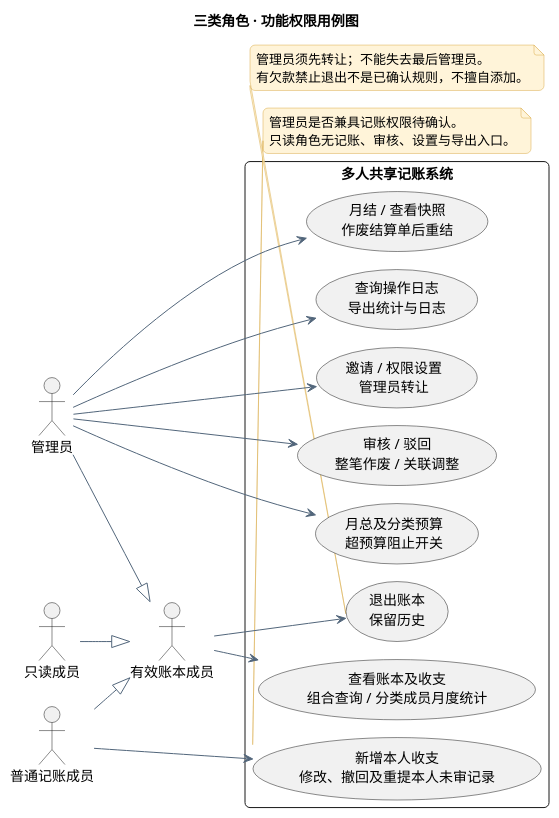
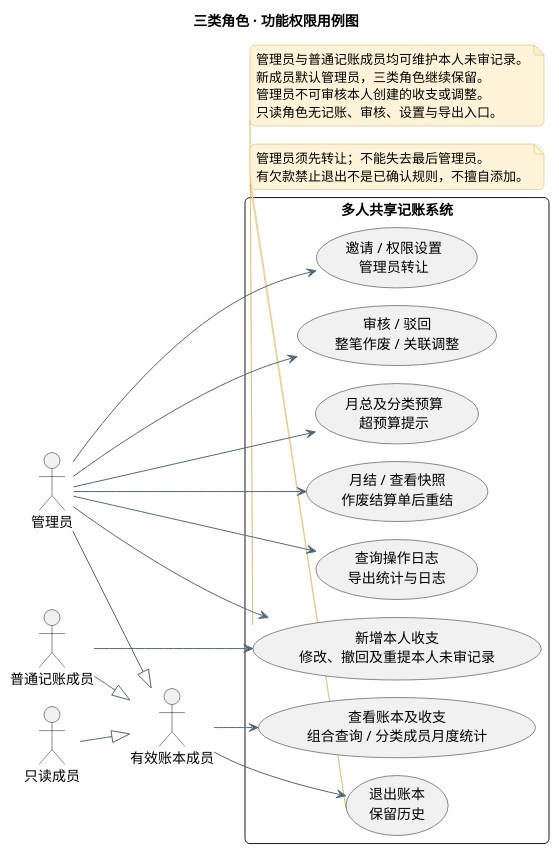
The diagram in 软件工程/实验2_251220152_魏楚航/UML/06_用例图.puml (wuyi0928/MyCS_NJU), drawn with PlantUML before and after one commit. The commit also changed 20 other files, not shown here.

```diff
--- a/软件工程/实验2_251220152_魏楚航/UML/06_用例图.puml
+++ b/软件工程/实验2_251220152_魏楚航/UML/06_用例图.puml
@@ -1,50 +1,53 @@
 @startuml
 !pragma layout smetana
 skinparam defaultFontName Microsoft YaHei
 skinparam backgroundColor #FFFFFF
 skinparam shadowing false
 skinparam ArrowColor #52667B
 skinparam classBackgroundColor #F0F7F6
 skinparam classBorderColor #267568
 skinparam componentBackgroundColor #F0F7F6
 skinparam noteBackgroundColor #FFF4D9
 skinparam noteBorderColor #D8AA49
 skinparam roundcorner 10
 skinparam nodesep 70
 skinparam ranksep 85
 title 三类角色 · 功能权限用例图
 left to right direction
 actor "有效账本成员" as All
 actor "管理员" as Admin
 actor "普通记账成员" as Writer
 actor "只读成员" as Reader
 Admin --|> All
 Writer --|> All
 Reader --|> All
 rectangle "多人共享记账系统" {
   usecase "查看账本及收支\n组合查询 / 分类成员月度统计" as Read
   usecase "新增本人收支\n修改、撤回及重提本人未审记录" as Write
   usecase "邀请 / 权限设置\n管理员转让" as Members
   usecase "审核 / 驳回\n整笔作废 / 关联调整" as Review
-  usecase "月总及分类预算\n超预算阻止开关" as Budget
+  usecase "月总及分类预算\n超预算提示" as Budget
   usecase "月结 / 查看快照\n作废结算单后重结" as Settle
   usecase "查询操作日志\n导出统计与日志" as Logs
   usecase "退出账本\n保留历史" as Exit
 }
 All --> Read
 All --> Exit
 Writer --> Write
+Admin --> Write
 Admin --> Members
 Admin --> Review
 Admin --> Budget
 Admin --> Settle
 Admin --> Logs
 note bottom of Write
-管理员是否兼具记账权限待确认。
+管理员与普通记账成员均可维护本人未审记录。
+新成员默认管理员，三类角色继续保留。
+管理员不可审核本人创建的收支或调整。
 只读角色无记账、审核、设置与导出入口。
 end note
 note bottom of Exit
 管理员须先转让；不能失去最后管理员。
 有欠款禁止退出不是已确认规则，不擅自添加。
 end note
 @enduml
```
